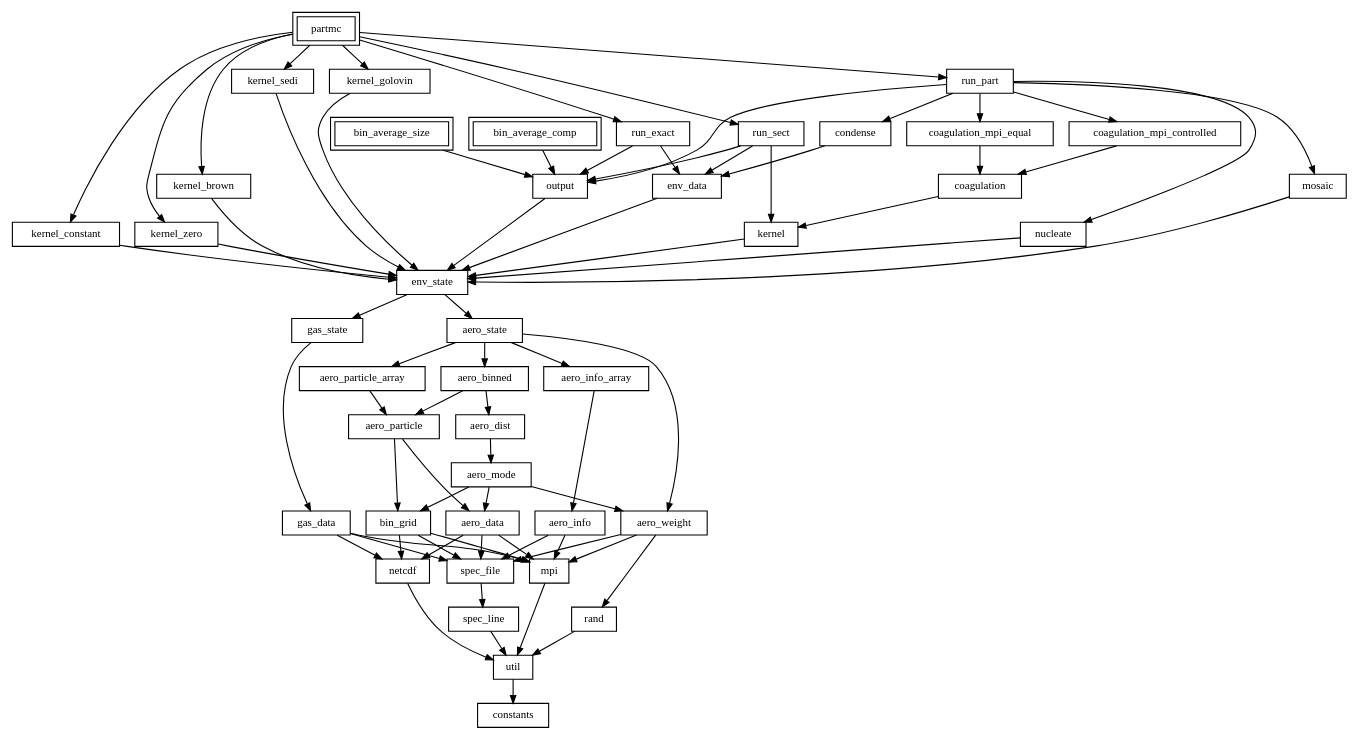
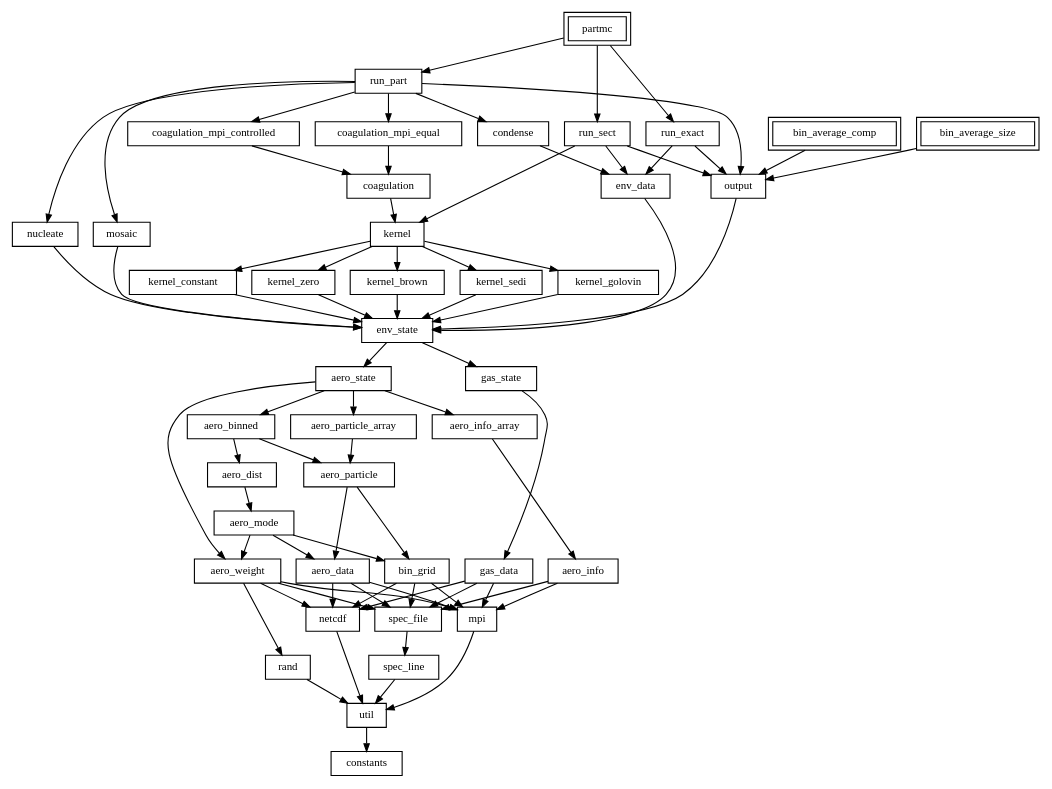
Before and after one commit to compdyn/partmc: the diagram in doc/partmc_modules.gv, drawn with Graphviz.

Commit message:
regenerated docs/partmc_modules.*

```diff
--- a/doc/partmc_modules.gv
+++ b/doc/partmc_modules.gv
@@ -1,119 +1,119 @@
 digraph partmc_modules {
     rankdir = TB;
     node [fontsize = 10, height = 0.3, width = 0.5];
     graph [nodesep = 0.2, ranksep = 0.3];
     edge [arrowsize = 0.7];
     node [shape = box, peripheries = 1, href = "\ref coagulation_mpi_controlled.f90"] coagulation_mpi_controlled
     node [shape = box, peripheries = 1, href = "\ref aero_weight.f90"] aero_weight
     node [shape = box, peripheries = 1, href = "\ref coagulation_mpi_equal.f90"] coagulation_mpi_equal
     node [shape = box, peripheries = 1, href = "\ref kernel.f90"] kernel
     node [shape = box, peripheries = 1, href = "\ref netcdf.f90"] netcdf
     node [shape = box, peripheries = 1, href = "\ref nucleate.f90"] nucleate
     node [shape = box, peripheries = 1, href = "\ref bin_grid.f90"] bin_grid
     node [shape = box, peripheries = 1, href = "\ref aero_dist.f90"] aero_dist
     node [shape = box, peripheries = 1, href = "\ref aero_binned.f90"] aero_binned
     node [shape = box, peripheries = 1, href = "\ref kernel_constant.f90"] kernel_constant
     node [shape = box, peripheries = 1, href = "\ref kernel_zero.f90"] kernel_zero
     node [shape = box, peripheries = 1, href = "\ref kernel_brown.f90"] kernel_brown
     node [shape = box, peripheries = 1, href = "\ref spec_line.f90"] spec_line
     node [shape = box, peripheries = 1, href = "\ref kernel_sedi.f90"] kernel_sedi
     node [shape = box, peripheries = 1, href = "\ref run_sect.f90"] run_sect
     node [shape = box, peripheries = 1, href = "\ref spec_file.f90"] spec_file
     node [shape = box, peripheries = 1, href = "\ref condense.f90"] condense
     node [shape = box, peripheries = 2, href = "\ref partmc.f90"] partmc
     node [shape = box, peripheries = 1, href = "\ref kernel_golovin.f90"] kernel_golovin
     node [shape = box, peripheries = 2, href = "\ref bin_average_comp.f90"] bin_average_comp
     node [shape = box, peripheries = 1, href = "\ref mosaic.f90"] mosaic
     node [shape = box, peripheries = 1, href = "\ref rand.f90"] rand
     node [shape = box, peripheries = 1, href = "\ref env_state.f90"] env_state
     node [shape = box, peripheries = 1, href = "\ref gas_state.f90"] gas_state
     node [shape = box, peripheries = 1, href = "\ref aero_state.f90"] aero_state
     node [shape = box, peripheries = 1, href = "\ref aero_particle.f90"] aero_particle
     node [shape = box, peripheries = 1, href = "\ref mpi.f90"] mpi
     node [shape = box, peripheries = 1, href = "\ref aero_info_array.f90"] aero_info_array
     node [shape = box, peripheries = 1, href = "\ref env_data.f90"] env_data
     node [shape = box, peripheries = 1, href = "\ref aero_mode.f90"] aero_mode
     node [shape = box, peripheries = 1, href = "\ref gas_data.f90"] gas_data
     node [shape = box, peripheries = 1, href = "\ref aero_data.f90"] aero_data
     node [shape = box, peripheries = 1, href = "\ref constants.f90"] constants
     node [shape = box, peripheries = 2, href = "\ref bin_average_size.f90"] bin_average_size
     node [shape = box, peripheries = 1, href = "\ref run_part.f90"] run_part
     node [shape = box, peripheries = 1, href = "\ref util.f90"] util
     node [shape = box, peripheries = 1, href = "\ref aero_particle_array.f90"] aero_particle_array
     node [shape = box, peripheries = 1, href = "\ref coagulation.f90"] coagulation
     node [shape = box, peripheries = 1, href = "\ref output.f90"] output
     node [shape = box, peripheries = 1, href = "\ref run_exact.f90"] run_exact
     node [shape = box, peripheries = 1, href = "\ref aero_info.f90"] aero_info
     coagulation_mpi_controlled -> coagulation
     aero_weight -> rand
     aero_weight -> spec_file
     aero_weight -> mpi
+    aero_weight -> netcdf
     coagulation_mpi_equal -> coagulation
-    kernel -> env_state
+    kernel -> kernel_brown
+    kernel -> kernel_sedi
+    kernel -> kernel_golovin
+    kernel -> kernel_constant
+    kernel -> kernel_zero
     netcdf -> util
     nucleate -> env_state
     bin_grid -> netcdf
     bin_grid -> spec_file
     bin_grid -> mpi
     aero_dist -> aero_mode
     aero_binned -> aero_particle
     aero_binned -> aero_dist
     kernel_constant -> env_state
     kernel_zero -> env_state
     kernel_brown -> env_state
     spec_line -> util
     kernel_sedi -> env_state
     run_sect -> kernel
     run_sect -> env_data
     run_sect -> output
     spec_file -> spec_line
     condense -> env_data
-    partmc -> kernel_golovin
-    partmc -> kernel_zero
-    partmc -> kernel_brown
-    partmc -> kernel_sedi
-    partmc -> kernel_constant
-    partmc -> run_sect
     partmc -> run_exact
     partmc -> run_part
+    partmc -> run_sect
     kernel_golovin -> env_state
     bin_average_comp -> output
     mosaic -> env_state
     rand -> util
     env_state -> gas_state
     env_state -> aero_state
     gas_state -> gas_data
     aero_state -> aero_weight
     aero_state -> aero_info_array
     aero_state -> aero_particle_array
     aero_state -> aero_binned
     aero_particle -> bin_grid
     aero_particle -> aero_data
     mpi -> util
     aero_info_array -> aero_info
     env_data -> env_state
     aero_mode -> aero_weight
     aero_mode -> bin_grid
     aero_mode -> aero_data
     gas_data -> mpi
     gas_data -> netcdf
     gas_data -> spec_file
     aero_data -> mpi
     aero_data -> netcdf
     aero_data -> spec_file
     bin_average_size -> output
+    run_part -> coagulation_mpi_controlled
     run_part -> coagulation_mpi_equal
     run_part -> nucleate
     run_part -> mosaic
     run_part -> condense
-    run_part -> coagulation_mpi_controlled
     run_part -> output
     util -> constants
     aero_particle_array -> aero_particle
     coagulation -> kernel
     output -> env_state
     run_exact -> env_data
     run_exact -> output
     aero_info -> mpi
     aero_info -> spec_file
 }
```
